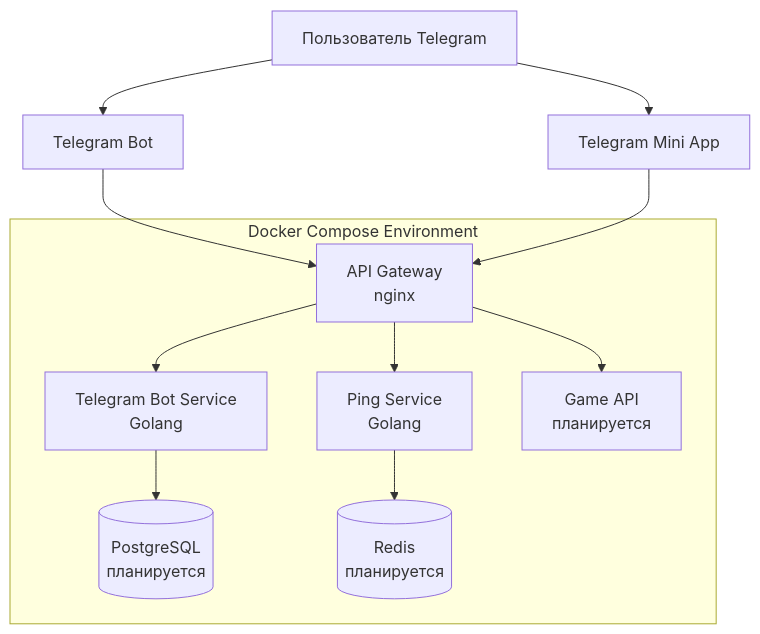
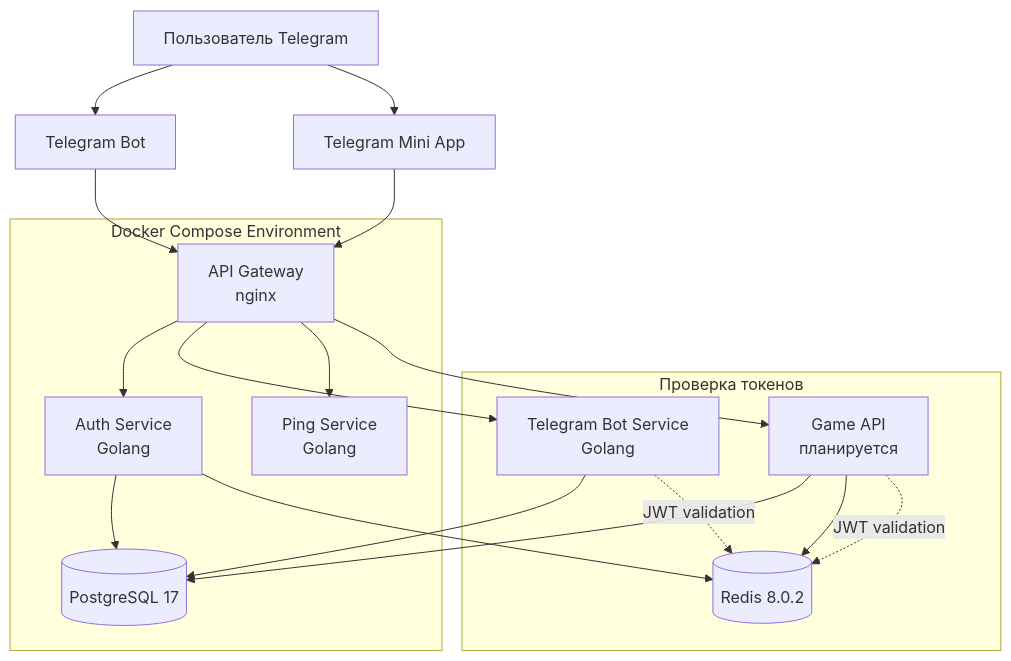
One commit to dpetrakov/shard_legends changed the first of 3 diagrams in docs/architecture/architecture.md. Above: the diagram before and after it, drawn with Mermaid. The commit also changed other lines of this file and 16 other files, not shown here.

First line of the commit message:
Добавить конфигурацию для PostgreSQL и Redis в dev окружение

````diff
--- a/docs/architecture/architecture.md
+++ b/docs/architecture/architecture.md
@@ -28,21 +28,32 @@
 ```mermaid
 graph TB
     User[Пользователь Telegram] --> Bot[Telegram Bot]
     User --> TMA[Telegram Mini App]
     Bot --> Gateway[API Gateway<br/>nginx]
     TMA --> Gateway
+    Gateway --> AuthService[Auth Service<br/>Golang]
     Gateway --> BotService[Telegram Bot Service<br/>Golang]
     Gateway --> PingService[Ping Service<br/>Golang]
     Gateway --> GameAPI[Game API<br/>планируется]
-    BotService --> DB[(PostgreSQL<br/>планируется)]
-    PingService --> Cache[(Redis<br/>планируется)]
+    
+    AuthService --> DB[(PostgreSQL 17)]
+    AuthService --> Cache[(Redis 8.0.2)]
+    BotService --> DB
+    GameAPI --> DB
+    GameAPI --> Cache
+    
+    subgraph "Проверка токенов"
+        GameAPI -.->|JWT validation| Cache
+        BotService -.->|JWT validation| Cache
+    end
     
     subgraph "Docker Compose Environment"
         Gateway
+        AuthService
         BotService
         PingService
         GameAPI
         DB
         Cache
     end
 ```
````
